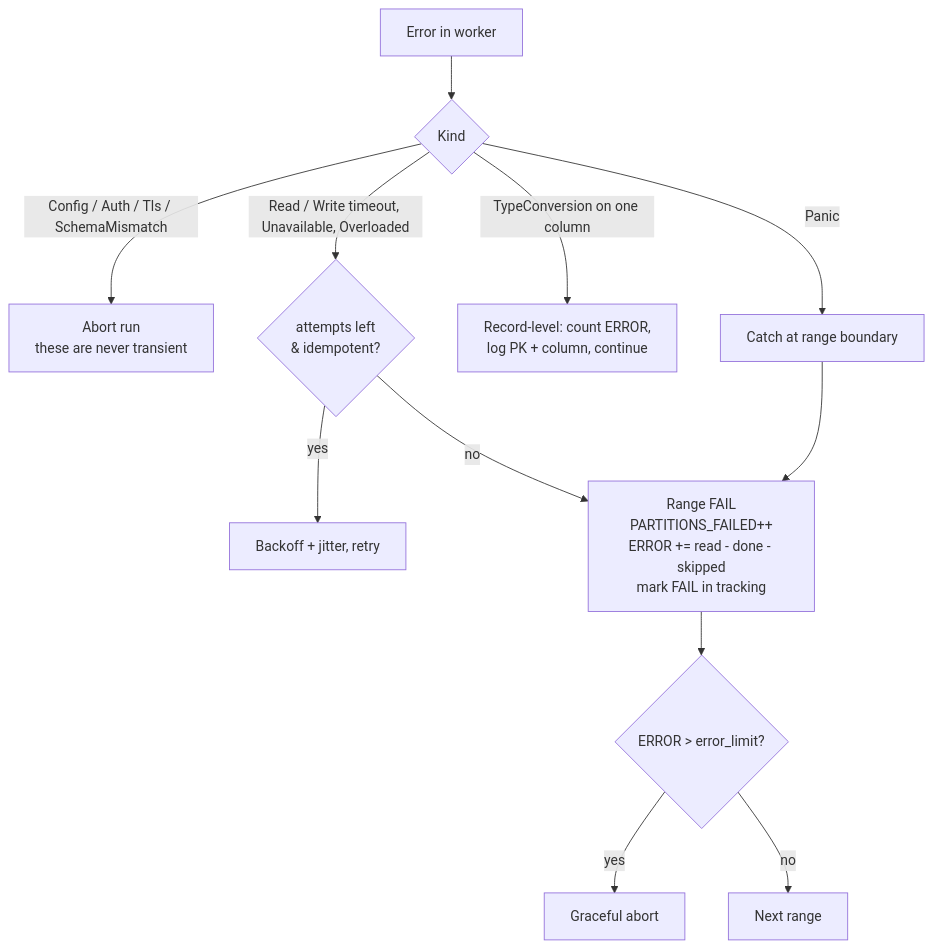
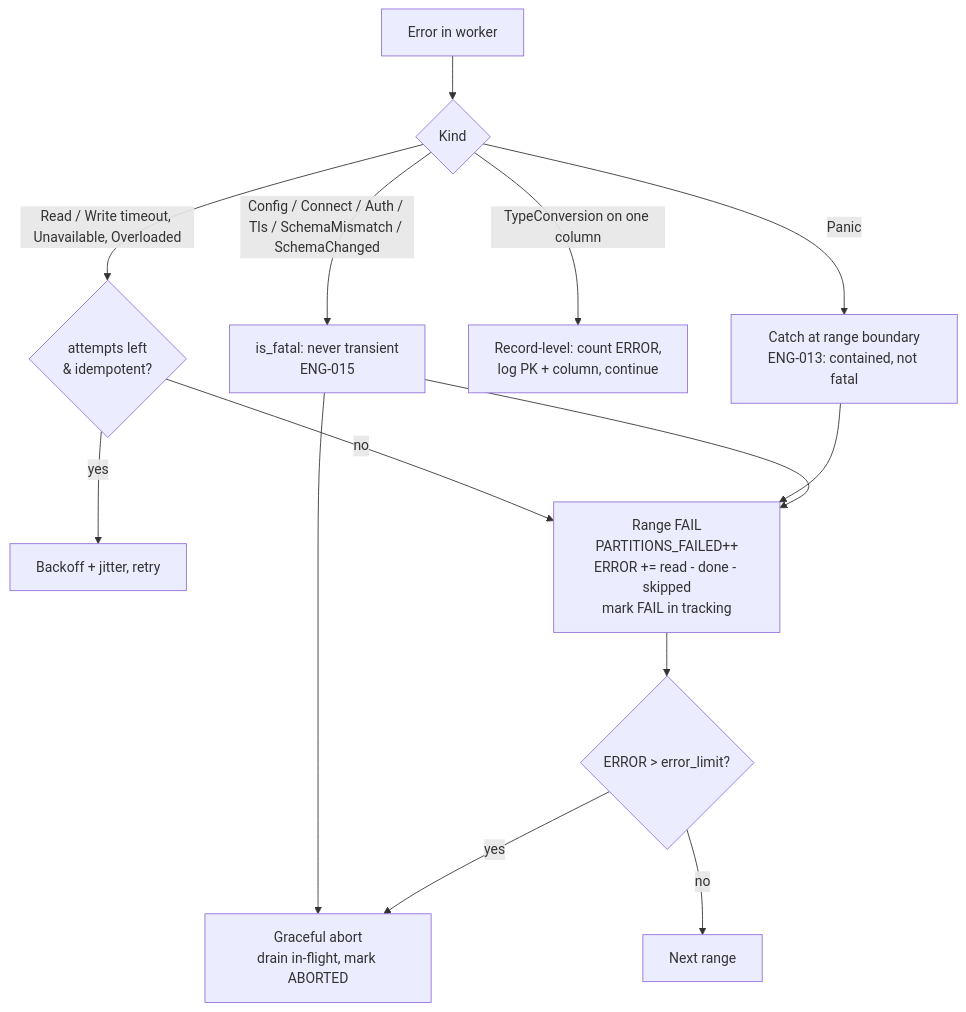
One commit to msmygit/cdm-rs changed diagram 17 of 18 in docs/ARCHITECTURE.md. Above: the diagram before and after it, drawn with Mermaid. The commit also changed other lines of this file and 7 other files, not shown here.

````diff
--- a/docs/ARCHITECTURE.md
+++ b/docs/ARCHITECTURE.md
@@ -734,13 +734,15 @@
 ```mermaid
 flowchart TD
     E[Error in worker] --> K{Kind}
-    K -->|Config / Auth / Tls / SchemaMismatch| ABORT["Abort run<br/>these are never transient"]
+    K -->|Config / Connect / Auth / Tls / SchemaMismatch / SchemaChanged| FATAL["is_fatal: never transient<br/>ENG-015"]
     K -->|Read / Write timeout, Unavailable, Overloaded| RETRY{attempts left<br/>&amp; idempotent?}
     RETRY -->|yes| BACK[Backoff + jitter, retry]
     RETRY -->|no| RANGEFAIL
     K -->|TypeConversion on one column| RECORD["Record-level: count ERROR,<br/>log PK + column, continue"]
-    K -->|Panic| CATCH[Catch at range boundary] --> RANGEFAIL
+    K -->|Panic| CATCH["Catch at range boundary<br/>ENG-013: contained, not fatal"] --> RANGEFAIL
+    FATAL --> RANGEFAIL
     RANGEFAIL["Range FAIL<br/>PARTITIONS_FAILED++<br/>ERROR += read - done - skipped<br/>mark FAIL in tracking"] --> LIMIT{ERROR &gt; error_limit?}
-    LIMIT -->|yes| DRAIN[Graceful abort]
+    FATAL --> DRAIN
+    LIMIT -->|yes| DRAIN["Graceful abort<br/>drain in-flight, mark ABORTED"]
     LIMIT -->|no| NEXT[Next range]
 ```
````
